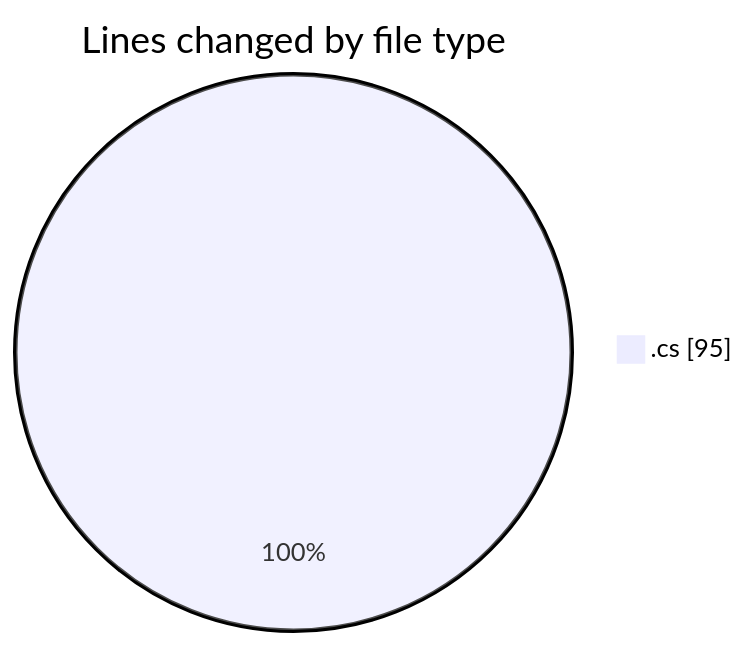
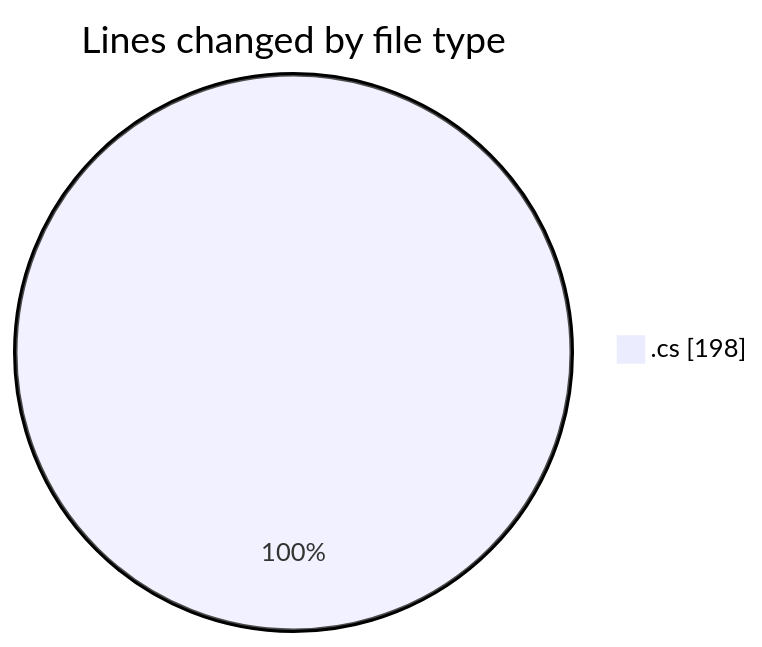
One commit to Netris89/code-tracking changed the first of 2 diagrams in 2025-04-29/back-end/README.md. Above: the diagram before and after it, drawn with Mermaid. The commit also changed other lines of this file and 1 other file, not shown here.

````diff
--- a/2025-04-29/back-end/README.md
+++ b/2025-04-29/back-end/README.md
@@ -20,5 +21,5 @@
 ```mermaid
 pie showData
 title Lines changed by file type
-".cs" : 95
+".cs" : 198
 ```
````
